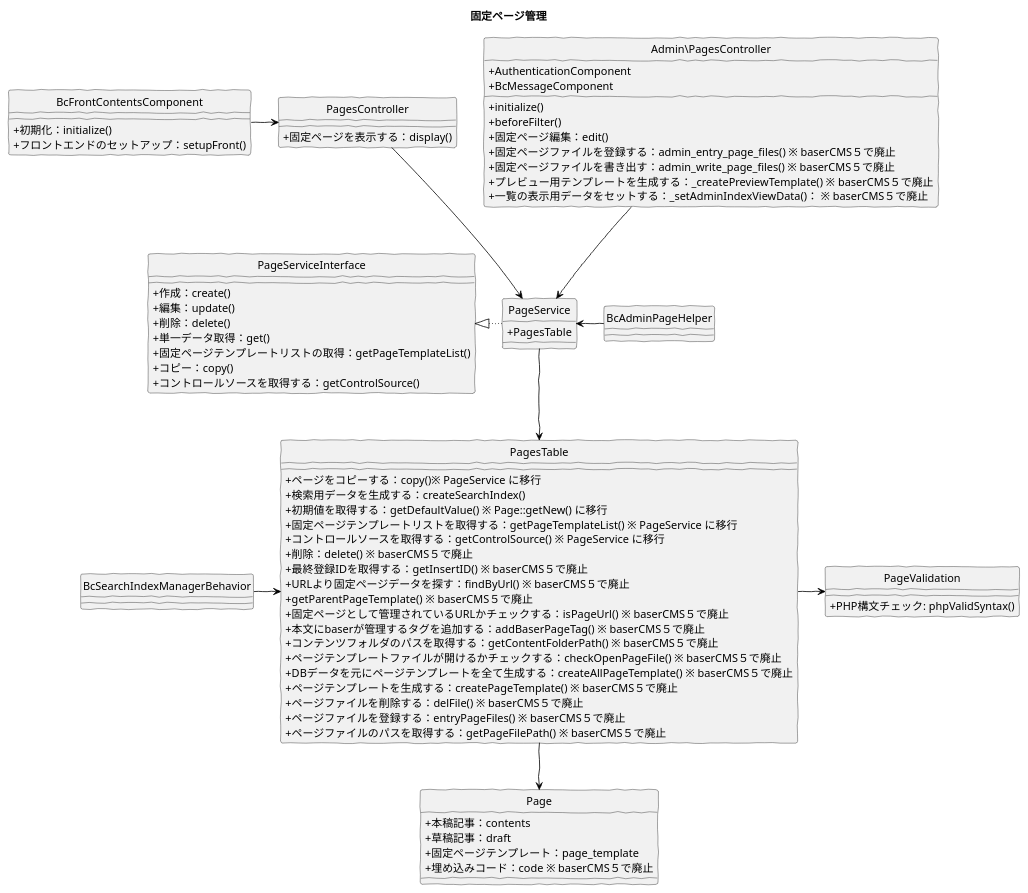
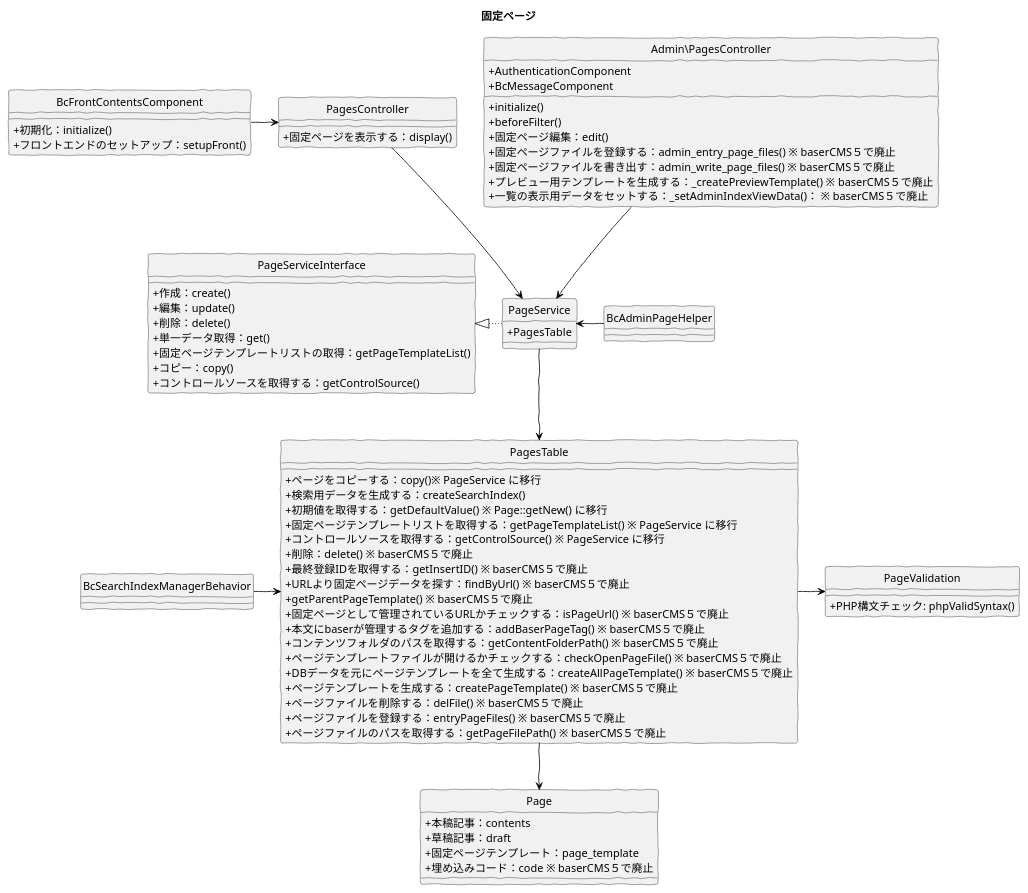
Before and after one commit to baserproject/baserproject.github.io: the diagram in src/puml/5/ucmitz/svg/class/manage_pages.puml, drawn with PlantUML. The commit also changed 19 other files, not shown here.

```diff
--- a/src/puml/5/ucmitz/svg/class/manage_pages.puml
+++ b/src/puml/5/ucmitz/svg/class/manage_pages.puml
@@ -1,93 +1,93 @@
 @startuml
 skinparam handwritten true
 skinparam backgroundColor white
 hide circle
 skinparam classAttributeIconSize 0
 
-title 固定ページ管理
+title 固定ページ
 
 class PagesController {
   + 固定ページを表示する：display()
 }
 
 class BcFrontContentsComponent {
   + 初期化：initialize()
   + フロントエンドのセットアップ：setupFront()
 }
 
 class Admin\PagesController {
   + AuthenticationComponent
   + BcMessageComponent
   + initialize()
   + beforeFilter()
   + 固定ページ編集：edit()
   + 固定ページファイルを登録する：admin_entry_page_files() ※ baserCMS５で廃止
   + 固定ページファイルを書き出す：admin_write_page_files() ※ baserCMS５で廃止
   + プレビュー用テンプレートを生成する：_createPreviewTemplate() ※ baserCMS５で廃止
   + 一覧の表示用データをセットする：_setAdminIndexViewData()： ※ baserCMS５で廃止
 }
 
 class BcAdminPageHelper {
 }
 
 class PageService {
   + PagesTable
 }
 
 class PageServiceInterface {
   + 作成：create()
   + 編集：update()
   + 削除：delete()
   + 単一データ取得：get()
   + 固定ページテンプレートリストの取得：getPageTemplateList()
   + コピー：copy()
   + コントロールソースを取得する：getControlSource()
 }
 
 class BcSearchIndexManagerBehavior {
 
 }
 
 class PagesTable {
 	+ ページをコピーする：copy()※ PageService に移行
 	+ 検索用データを生成する：createSearchIndex()
 	+ 初期値を取得する：getDefaultValue() ※ Page::getNew() に移行
 	+ 固定ページテンプレートリストを取得する：getPageTemplateList() ※ PageService に移行
 	+ コントロールソースを取得する：getControlSource() ※ PageService に移行
 	+ 削除：delete() ※ baserCMS５で廃止
 	+ 最終登録IDを取得する：getInsertID() ※ baserCMS５で廃止
 	+ URLより固定ページデータを探す：findByUrl() ※ baserCMS５で廃止
 	+ getParentPageTemplate() ※ baserCMS５で廃止
 	+ 固定ページとして管理されているURLかチェックする：isPageUrl() ※ baserCMS５で廃止
 	+ 本文にbaserが管理するタグを追加する：addBaserPageTag() ※ baserCMS５で廃止
 	+ コンテンツフォルダのパスを取得する：getContentFolderPath() ※ baserCMS５で廃止
 	+ ページテンプレートファイルが開けるかチェックする：checkOpenPageFile() ※ baserCMS５で廃止
 	+ DBデータを元にページテンプレートを全て生成する：createAllPageTemplate() ※ baserCMS５で廃止
 	+ ページテンプレートを生成する：createPageTemplate() ※ baserCMS５で廃止
 	+ ページファイルを削除する：delFile() ※ baserCMS５で廃止
 	+ ページファイルを登録する：entryPageFiles() ※ baserCMS５で廃止
 	+ ページファイルのパスを取得する：getPageFilePath() ※ baserCMS５で廃止
 }
 
 class PageValidation {
   + PHP構文チェック: phpValidSyntax()
 }
 
 class Page {
    + 本稿記事：contents
    + 草稿記事：draft
    + 固定ページテンプレート：page_template
    + 埋め込みコード：code ※ baserCMS５で廃止
 }
 
 Admin\PagesController -down[#Black]-> PageService
 BcFrontContentsComponent -right[#Black]-> PagesController
 PagesController -down[#Black]-> PageService
 BcAdminPageHelper -left[#Black]-> PageService
 PageService -down[#Black]-> PagesTable
 BcSearchIndexManagerBehavior -right[#Black]-> PagesTable
 PagesTable -right[#Black]-> PageValidation
 PageService -left[dotted,#Black]-|> PageServiceInterface
 PagesTable -down[#Black]-> Page
 
 @enduml
```
